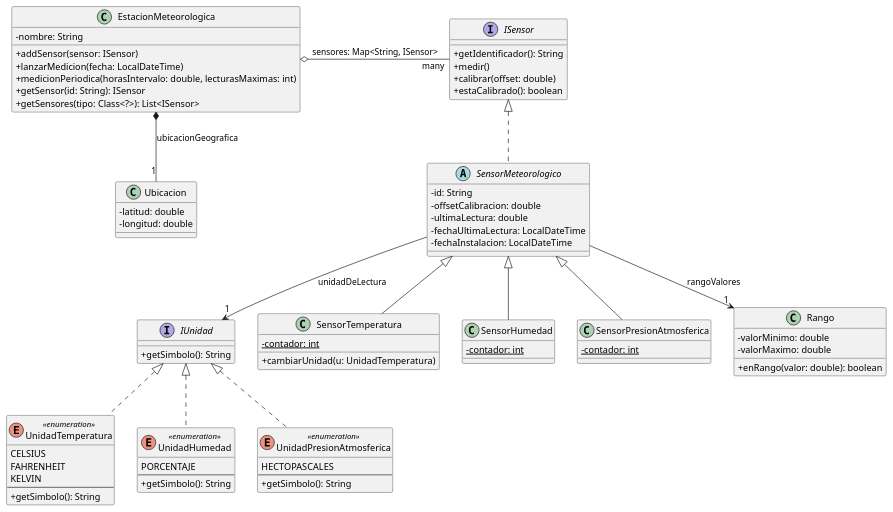
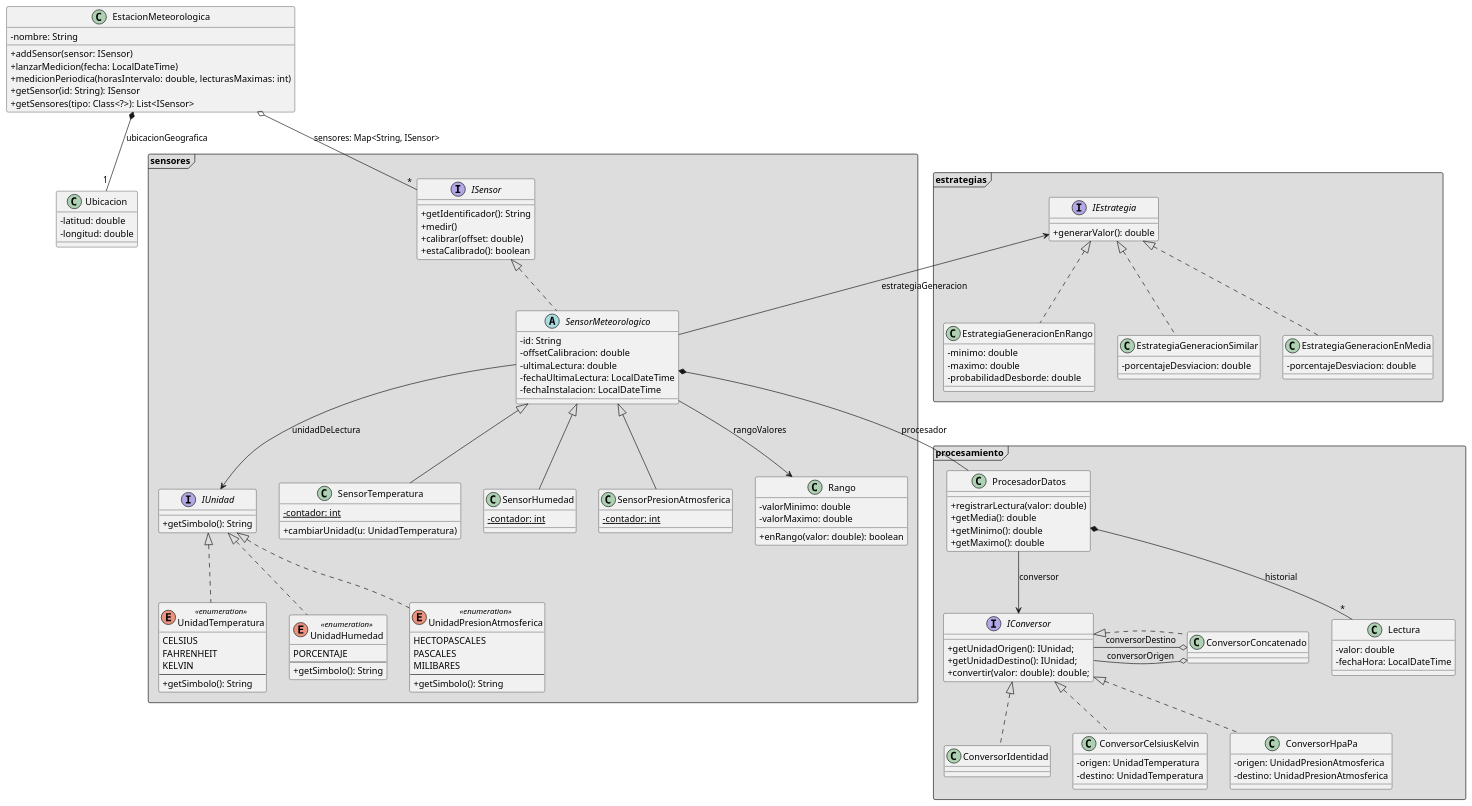
Before and after one commit to polo-omez/adsof: the diagram in diagrams/estacionMetereologica.puml, drawn with PlantUML. The commit also changed 5 other files, not shown here.

Commit message:
apartados 2,3 diagramas

```diff
--- a/diagrams/estacionMetereologica.puml
+++ b/diagrams/estacionMetereologica.puml
@@ -2,71 +2,123 @@
 skinparam classAttributeIconSize 0
 
 ' ==========================================
-' INTERFACES
+' SENSORES
 ' ==========================================
-interface ISensor {
-    + getIdentificador(): String
-    + medir()
-    + calibrar(offset: double)
-    + estaCalibrado(): boolean
-}
 
-interface IUnidad {
-    + getSimbolo(): String
+' ==INTERFACES==
+package "sensores" <<Frame>> #DDDDDD{
+  interface ISensor {
+      + getIdentificador(): String
+      + medir()
+      + calibrar(offset: double)
+      + estaCalibrado(): boolean
+  }
+
+  interface IUnidad {
+      + getSimbolo(): String
+  }
+
+  ' ==CLASES==
+  abstract class SensorMeteorologico {
+      - id: String
+      - offsetCalibracion: double
+      - ultimaLectura: double
+      - fechaUltimaLectura: LocalDateTime
+      - fechaInstalacion: LocalDateTime
+  }
+
+  class SensorTemperatura {
+      {static} - contador: int
+      + cambiarUnidad(u: UnidadTemperatura)
+  }
+
+  class SensorHumedad {
+      {static} - contador: int
+  }
+
+  class SensorPresionAtmosferica {
+      {static} - contador: int
+  }
+
+  class Rango {
+      - valorMinimo: double
+      - valorMaximo: double
+      + enRango(valor: double): boolean
+  }
+
+
+  ' ==ENUMERACIONES==
+  enum UnidadTemperatura <<enumeration>> {
+      CELSIUS
+      FAHRENHEIT
+      KELVIN
+      --
+      + getSimbolo(): String
+  }
+
+  enum UnidadHumedad <<enumeration>> {
+      PORCENTAJE
+      --
+      + getSimbolo(): String
+  }
+
+  enum UnidadPresionAtmosferica <<enumeration>> {
+      HECTOPASCALES
+      PASCALES
+      MILIBARES
+      --
+      + getSimbolo(): String
+  }
+
+
 }
 
 ' ==========================================
-' CLASE ABSTRACTA
+' PROCESAMIENTO
 ' ==========================================
-abstract class SensorMeteorologico {
-    - id: String
-    - offsetCalibracion: double
-    - ultimaLectura: double
-    - fechaUltimaLectura: LocalDateTime
-    - fechaInstalacion: LocalDateTime
+package "procesamiento" <<Frame>> #DDDDDD {
+
+'==INTERFACES== 
+interface IConversor{
+  + getUnidadOrigen(): IUnidad;
+  + getUnidadDestino(): IUnidad;
+  + convertir(valor: double): double;
 }
 
-' ==========================================
-' CLASES HIJAS (SENSORES CONCRETOS)
-' ==========================================
-class SensorTemperatura {
-    {static} - contador: int
-    + cambiarUnidad(u: UnidadTemperatura)
+'==CLASES== 
+    class ProcesadorDatos {
+        + registrarLectura(valor: double)
+        + getMedia(): double
+        + getMinimo(): double
+        + getMaximo(): double
+    }
+    class Lectura {
+        - valor: double
+        - fechaHora: LocalDateTime
+    }
+
+    class ConversorIdentidad {
+    }
+
+    class ConversorCelsiusKelvin {
+        - origen: UnidadTemperatura
+        - destino: UnidadTemperatura
+    }
+    
+    class ConversorHpaPa {
+        - origen: UnidadPresionAtmosferica
+        - destino: UnidadPresionAtmosferica
+    }
+
+    class ConversorConcatenado {
+    }
+
 }
 
-class SensorHumedad {
-    {static} - contador: int
-}
 
-class SensorPresionAtmosferica {
-    {static} - contador: int
-}
 
 ' ==========================================
-' ENUMERACIONES
-' ==========================================
-enum UnidadTemperatura <<enumeration>> {
-    CELSIUS
-    FAHRENHEIT
-    KELVIN
-    --
-    + getSimbolo(): String
-}
-
-enum UnidadHumedad <<enumeration>> {
-    PORCENTAJE
-    --
-    + getSimbolo(): String
-}
-
-enum UnidadPresionAtmosferica <<enumeration>> {
-    HECTOPASCALES
-    --
-    + getSimbolo(): String
-}
-
-' ==========================================
-' CLASES AUXILIARES Y ESTACIÓN
+' METEREOLOGIA
 ' ==========================================
 class EstacionMeteorologica {
     - nombre: String
@@ -82,32 +134,74 @@
     - longitud: double
 }
 
-class Rango {
-    - valorMinimo: double
-    - valorMaximo: double
-    + enRango(valor: double): boolean
+
+
+' ==========================================
+' ESTRATEGIAS
+' ==========================================
+
+package "estrategias" <<Frame>> #DDDDDD{
+  interface IEstrategia{
+    + generarValor(): double
+  }
+
+  class EstrategiaGeneracionEnRango {
+    - minimo: double
+    - maximo: double
+    - probabilidadDesborde: double
+
+  }
+
+  class EstrategiaGeneracionSimilar {
+    - porcentajeDesviacion: double
+
+  }
+
+  class EstrategiaGeneracionEnMedia{
+    - porcentajeDesviacion: double
+
+  }
 }
-
 ' ==========================================
 ' RELACIONES
 ' ==========================================
 
 ' Implementaciones (Realization) -> Línea punteada con flecha hueca
 ISensor <|.. SensorMeteorologico
+
 IUnidad <|.. UnidadTemperatura
 IUnidad <|.. UnidadHumedad
 IUnidad <|.. UnidadPresionAtmosferica
 
-' Herencia (Extension) -> Línea continua con flecha hueca
+IEstrategia <|.. EstrategiaGeneracionEnRango 
+IEstrategia <|.. EstrategiaGeneracionSimilar
+IEstrategia <|.. EstrategiaGeneracionEnMedia 
+
+IConversor <|.. ConversorIdentidad
+IConversor <|.. ConversorCelsiusKelvin 
+IConversor <|.. ConversorHpaPa 
+IConversor <|. ConversorConcatenado 
+
+' Herencia (Extension) --> Línea continua con flecha hueca
 SensorMeteorologico <|-- SensorTemperatura
 SensorMeteorologico <|-- SensorHumedad
 SensorMeteorologico <|-- SensorPresionAtmosferica
 
 ' Agregación y Composición
-EstacionMeteorologica o- "many" ISensor : sensores: Map<String, ISensor>
+EstacionMeteorologica o-- "*" ISensor : sensores: Map<String, ISensor>
 EstacionMeteorologica *-- "1" Ubicacion : ubicacionGeografica
 
+SensorMeteorologico *--  ProcesadorDatos : "procesador"
+
+ProcesadorDatos *-- "*" Lectura: historial
+ConversorConcatenado o-- IConversor: conversorOrigen 
+ConversorConcatenado o-- IConversor: conversorDestino
+
 ' Asociaciones dirigidas
-SensorMeteorologico --> "1" Rango : rangoValores
-SensorMeteorologico --> "1" IUnidad : unidadDeLectura
+SensorMeteorologico -->  Rango : rangoValores
+SensorMeteorologico -->  IUnidad : unidadDeLectura
+SensorMeteorologico -up-> IEstrategia: estrategiaGeneracion
+
+ProcesadorDatos -->  IConversor: conversor
+
 @enduml
```
